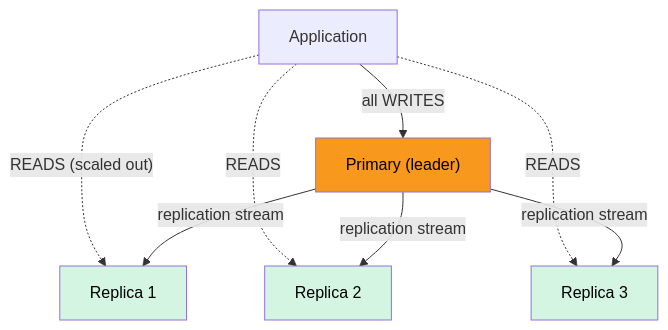
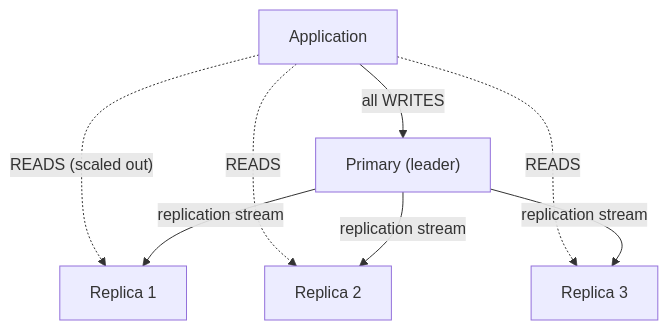
Before and after one commit to mohammad-mriesh-job/cortex: the first of 4 diagrams in src/modules/database/content/09-scaling/01-replication.md, drawn with Mermaid. The commit also changed 257 other files, not shown here.

````diff
--- a/src/modules/database/content/09-scaling/01-replication.md
+++ b/src/modules/database/content/09-scaling/01-replication.md
@@ -17,15 +17,11 @@
 ```mermaid
 flowchart TD
     App["Application"]
     App -->|"all WRITES"| P["Primary (leader)"]
     App -.->|"READS (scaled out)"| R1
     App -.->|"READS"| R2
     App -.->|"READS"| R3
     P -->|"replication stream"| R1["Replica 1"]
     P -->|"replication stream"| R2["Replica 2"]
     P -->|"replication stream"| R3["Replica 3"]
-    style P fill:#f8981d,color:#000
-    style R1 fill:#d5f5e3,color:#000
-    style R2 fill:#d5f5e3,color:#000
-    style R3 fill:#d5f5e3,color:#000
 ```
````
